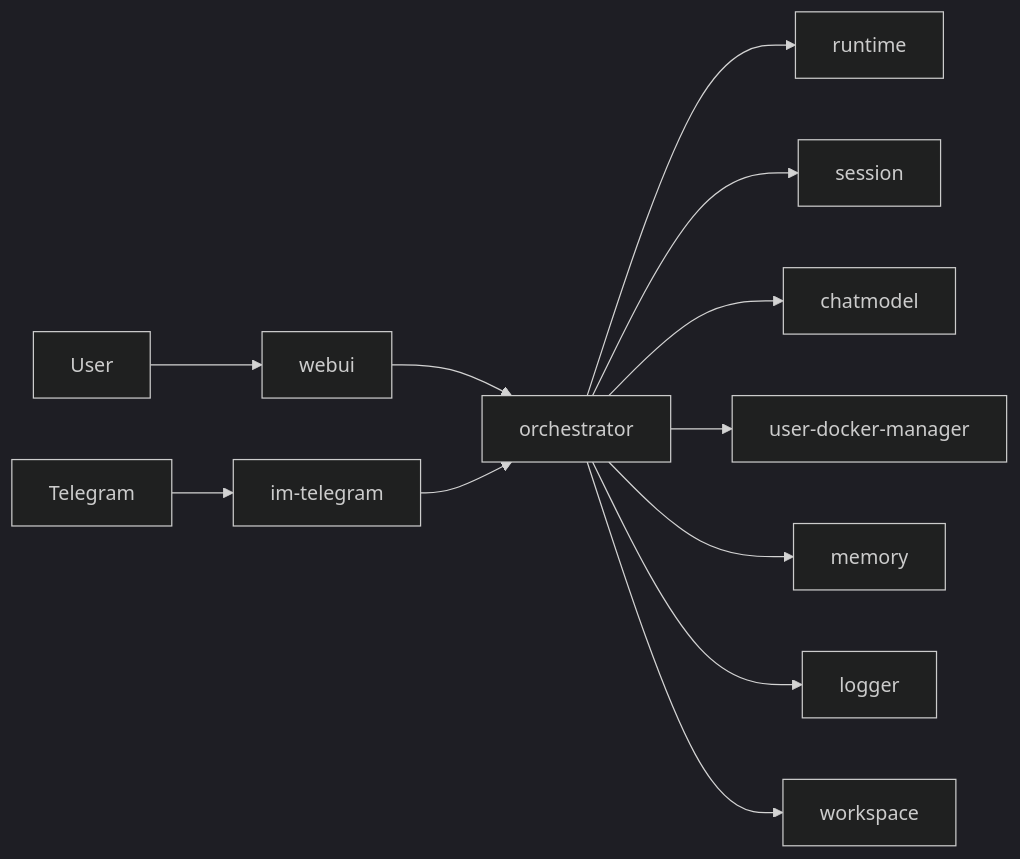
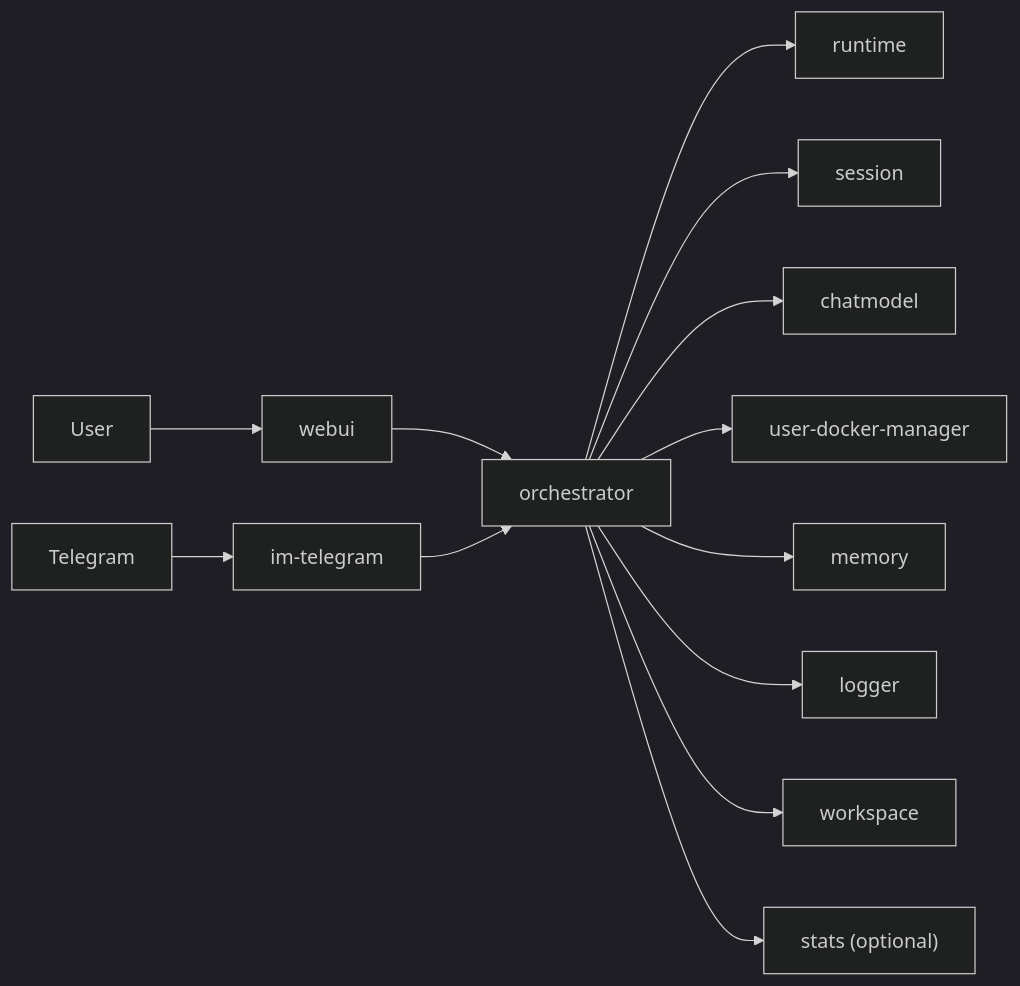
The diagram in README.en.md (WhaleMesh/WhaleBot), drawn with Mermaid (dark theme) before and after one commit. The commit also changed other lines of this file and 18 other files, not shown here.

````diff
--- a/README.en.md
+++ b/README.en.md
@@ -18,14 +18,15 @@
 ```mermaid
 flowchart LR
   user["User"] --> webui["webui"]
   tg["Telegram"] --> imTelegram["im-telegram"]
   webui --> orchestrator["orchestrator"]
   imTelegram --> orchestrator
   orchestrator --> runtime["runtime"]
   orchestrator --> session["session"]
   orchestrator --> chatmodel["chatmodel"]
   orchestrator --> toolDocker["user-docker-manager"]
   orchestrator --> memory["memory"]
   orchestrator --> logger["logger"]
   orchestrator --> workspace["workspace"]
+  orchestrator --> stats["stats (optional)"]
 ```
````
